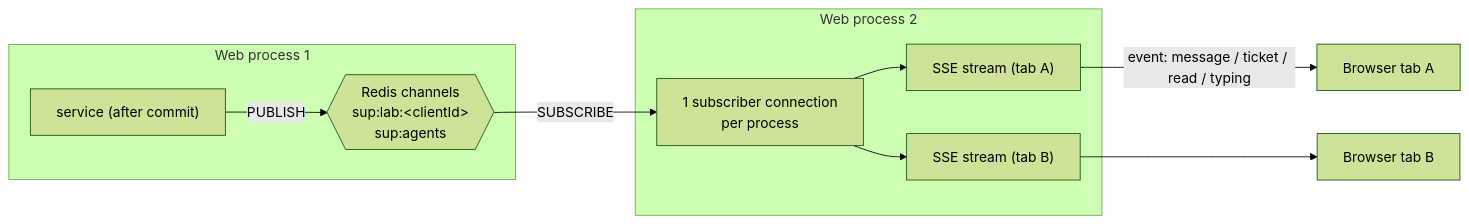
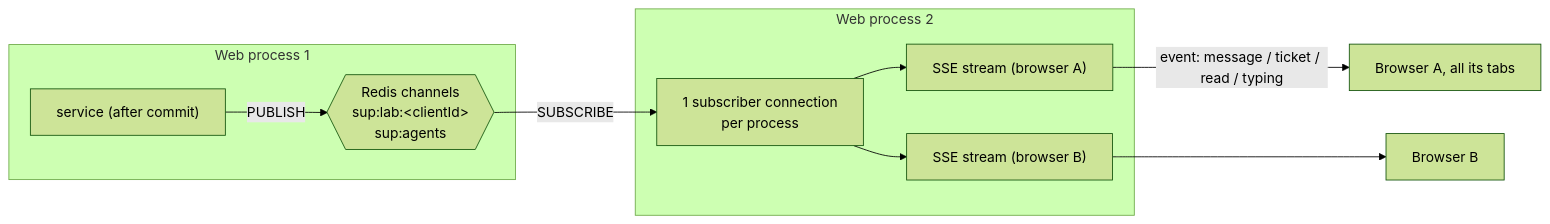
Before and after one commit to vipinpal70/IconicConnect: the seventh of 14 diagrams in support-system.guide.md, drawn with Mermaid (forest theme). The commit also changed other lines of this file and 27 other files, not shown here.

````diff
--- a/support-system.guide.md
+++ b/support-system.guide.md
@@ -530,14 +530,14 @@
 ```mermaid
 flowchart LR
     subgraph P1["Web process 1"]
         W1["service (after commit)"] -->|PUBLISH| CH
     end
     CH{{"Redis channels<br/>sup:lab:#lt;clientId#gt;<br/>sup:agents"}}
     subgraph P2["Web process 2"]
-        SUB["1 subscriber connection<br/>per process"] --> S1["SSE stream (tab A)"]
-        SUB --> S2["SSE stream (tab B)"]
+        SUB["1 subscriber connection<br/>per process"] --> S1["SSE stream (browser A)"]
+        SUB --> S2["SSE stream (browser B)"]
     end
     CH -->|SUBSCRIBE| SUB
-    S1 -->|"event: message / ticket / read / typing"| TA["Browser tab A"]
-    S2 --> TB["Browser tab B"]
+    S1 -->|"event: message / ticket / read / typing"| TA["Browser A, all its tabs"]
+    S2 --> TB["Browser B"]
 ```
````
